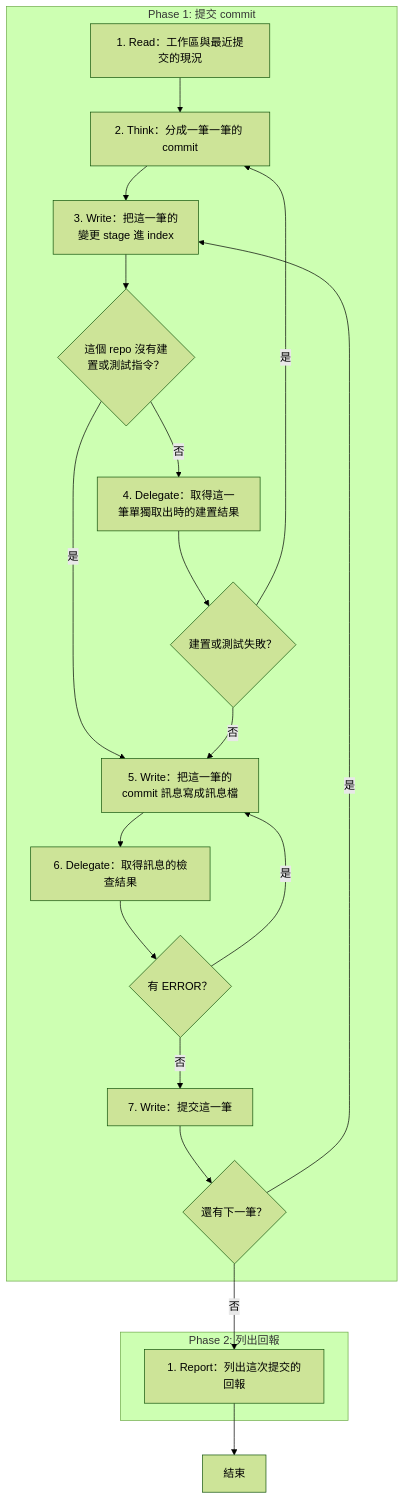
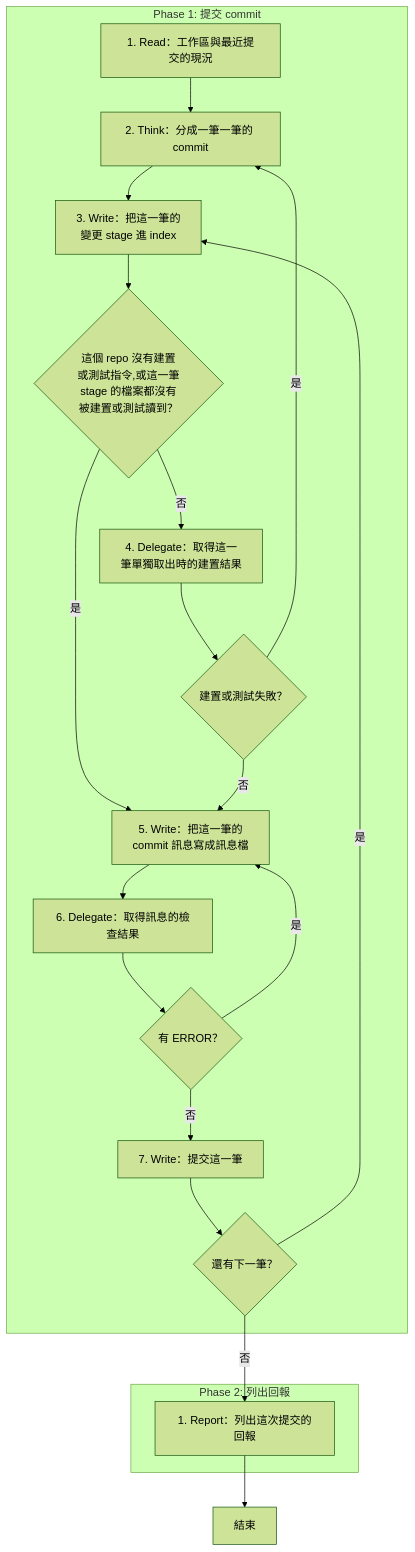
Before and after one commit to AI-x-BDD/BDGG-Dev-Skills: the diagram in .claude/skills/git-conventional-commit/SKILL.md, drawn with Mermaid (forest theme). The commit also changed other lines of this file and 7 other files, not shown here.

````diff
--- a/.claude/skills/git-conventional-commit/SKILL.md
+++ b/.claude/skills/git-conventional-commit/SKILL.md
@@ -23,36 +23,36 @@
 ```mermaid
 flowchart TD
     subgraph P1["Phase 1: 提交 commit"]
         P1S1["1. Read：工作區與最近提交的現況"]
         P1S2["2. Think：分成一筆一筆的 commit"]
         P1S3["3. Write：把這一筆的<br/>變更 stage 進 index"]
-        G_P1S3_1{"這個 repo 沒有建<br/>置或測試指令？"}
+        G_P1S3_1{"這個 repo 沒有建置<br/>或測試指令,或這一筆<br/>stage 的檔案都沒有<br/>被建置或測試讀到？"}
         P1S4["4. Delegate：取得這一<br/>筆單獨取出時的建置結果"]
         G_P1S4_1{"建置或測試失敗？"}
         P1S5["5. Write：把這一筆的<br/>commit 訊息寫成訊息檔"]
         P1S6["6. Delegate：取得訊息的檢查結果"]
         G_P1S6_1{"有 ERROR？"}
         P1S7["7. Write：提交這一筆"]
         G_P1S7_1{"還有下一筆？"}
     end
     subgraph P2["Phase 2: 列出回報"]
         P2S1["1. Report：列出這次提交的回報"]
     end
     End["結束"]
     P1S1 --> P1S2
     P1S2 --> P1S3
     P1S3 --> G_P1S3_1
     G_P1S3_1 -->|是| P1S5
     G_P1S3_1 -->|否| P1S4
     P1S4 --> G_P1S4_1
     G_P1S4_1 -->|是| P1S2
     G_P1S4_1 -->|否| P1S5
     P1S5 --> P1S6
     P1S6 --> G_P1S6_1
     G_P1S6_1 -->|是| P1S5
     G_P1S6_1 -->|否| P1S7
     P1S7 --> G_P1S7_1
     G_P1S7_1 -->|是| P1S3
     G_P1S7_1 -->|否| P2S1
     P2S1 --> End
 ```
````
